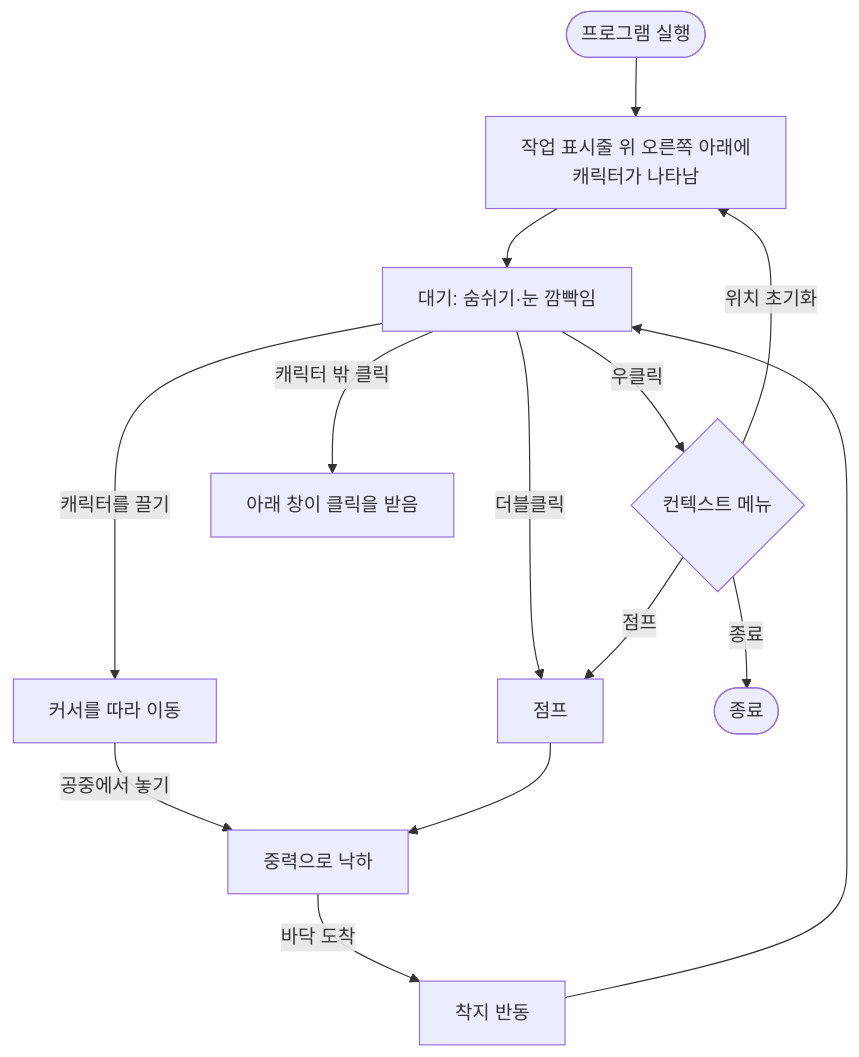
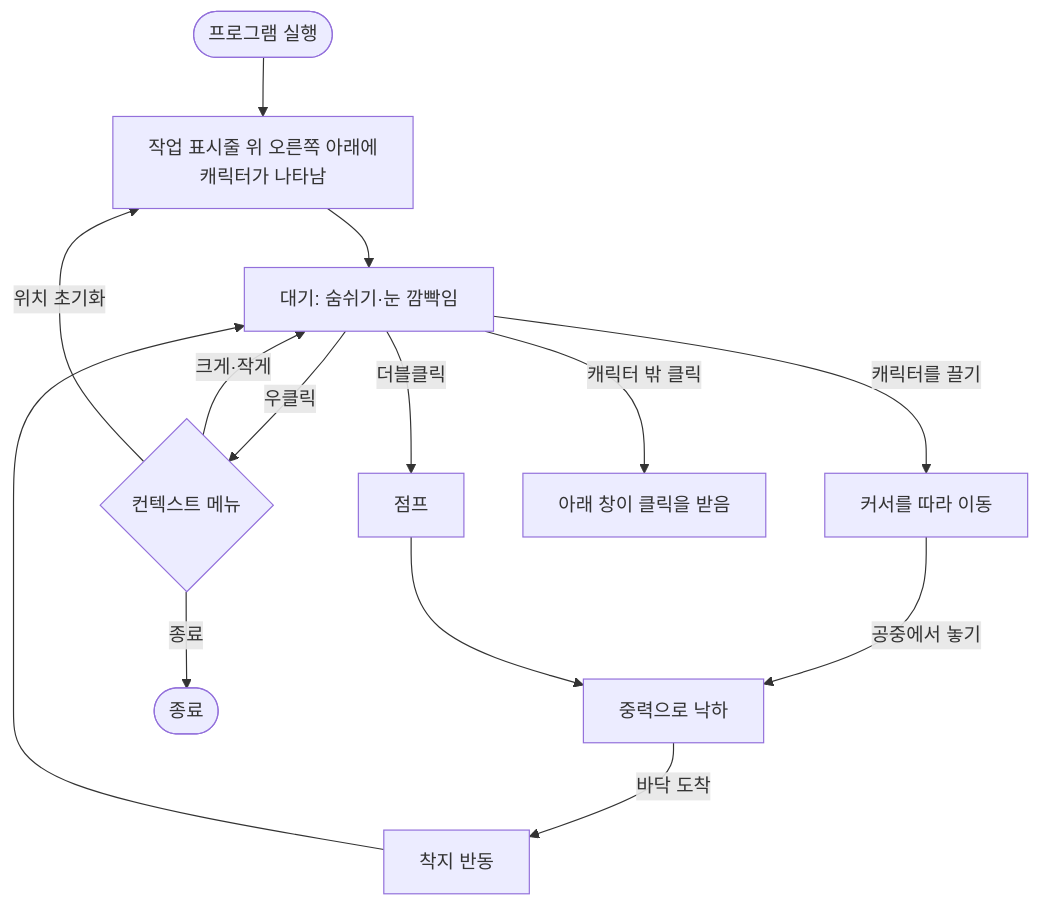
The diagram in docs/01-requirements/SRS.md (ChoHye0N/TinyDeskPet), drawn with Mermaid before and after one commit. The commit also changed 14 other files, not shown here.

````diff
--- a/docs/01-requirements/SRS.md
+++ b/docs/01-requirements/SRS.md
@@ -75,14 +75,14 @@
 ```mermaid
 flowchart TD
     Start([프로그램 실행]) --> Appear[작업 표시줄 위 오른쪽 아래에<br/>캐릭터가 나타남]
     Appear --> Idle[대기: 숨쉬기·눈 깜빡임]
     Idle -->|캐릭터를 끌기| Drag[커서를 따라 이동]
     Drag -->|공중에서 놓기| Fall[중력으로 낙하]
     Fall -->|바닥 도착| Land[착지 반동] --> Idle
     Idle -->|더블클릭| Jump[점프] --> Fall
     Idle -->|우클릭| Menu{컨텍스트 메뉴}
-    Menu -->|점프| Jump
+    Menu -->|크게·작게| Idle
     Menu -->|위치 초기화| Appear
     Menu -->|종료| End([종료])
     Idle -->|캐릭터 밖 클릭| Pass[아래 창이 클릭을 받음]
 ```
````
